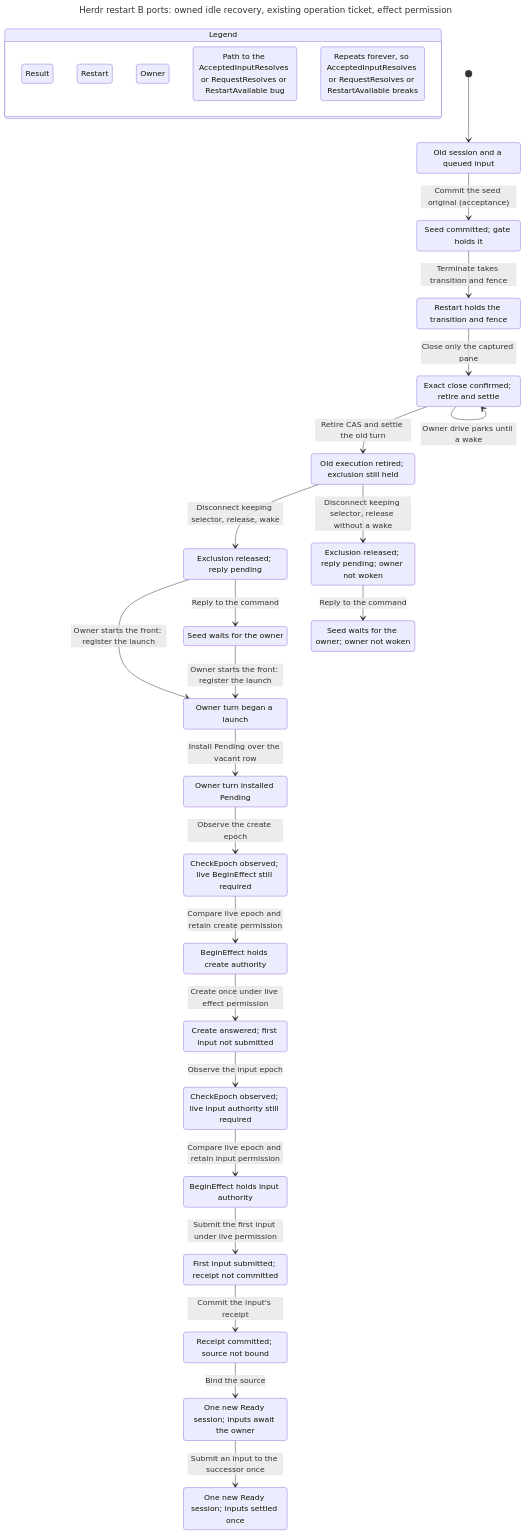
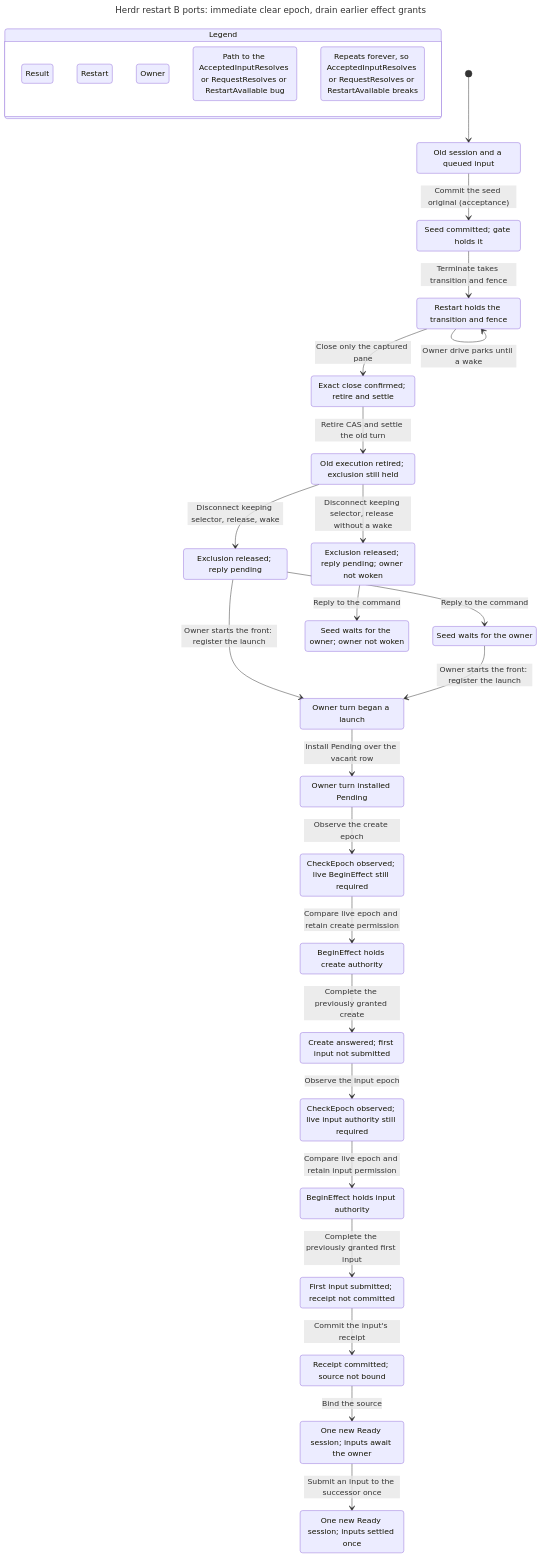
The diagram in docs/statecharts/session-lifecycle/herdr-restart-owner-NoWake.chart.mmd (itismyfield/AgentDesk), drawn with Mermaid before and after one commit. The commit also changed 103 other files, not shown here.

Commit message:
docs: align clear grant model and restart split plan

```diff
--- a/docs/statecharts/session-lifecycle/herdr-restart-owner-NoWake.chart.mmd
+++ b/docs/statecharts/session-lifecycle/herdr-restart-owner-NoWake.chart.mmd
@@ -1,76 +1,76 @@
 ---
-title: "Herdr restart B ports: owned idle recovery, existing operation ticket, effect permission"
+title: "Herdr restart B ports: immediate clear epoch, drain earlier effect grants"
 ---
 stateDiagram-v2
   state "Legend" as legend {
     lg0: Result
     lg1: Restart
     lg2: Owner
     lg3: Path to the AcceptedInputResolves or RequestResolves or RestartAvailable bug
     lg4: Repeats forever, so AcceptedInputResolves or RequestResolves or RestartAvailable breaks
   }
   class lg0 teal
   class lg1 blue
   class lg2 purple
   class lg3 bugPath
   class lg4 repeats
   s0: Old session and a queued input
   s1: Seed committed#59; gate holds it
   s2: Restart holds the transition and fence
   s3: Exact close confirmed#59; retire and settle
   s4: Old execution retired#59; exclusion still held
   s5: Exclusion released#59; reply pending
   s6: Owner turn began a launch
   s7: Exclusion released#59; reply pending#59; owner not woken
   s8: Seed waits for the owner
   s9: Owner turn installed Pending
   s10: Seed waits for the owner#59; owner not woken
   s11: CheckEpoch observed#59; live BeginEffect still required
   s12: BeginEffect holds create authority
   s13: Create answered#59; first input not submitted
   s14: CheckEpoch observed#59; live input authority still required
   s15: BeginEffect holds input authority
   s16: First input submitted#59; receipt not committed
   s17: Receipt committed#59; source not bound
   s18: One new Ready session#59; inputs await the owner
   s19: One new Ready session#59; inputs settled once
   [*] --> s0
   s0 --> s1: Commit the seed original (acceptance)
   s1 --> s2: Terminate takes transition and fence
+  s2 --> s2: Owner drive parks until a wake
   s2 --> s3: Close only the captured pane
   s3 --> s4: Retire CAS and settle the old turn
-  s3 --> s3: Owner drive parks until a wake
   s4 --> s5: Disconnect keeping selector, release, wake
   s5 --> s6: Owner starts the front: register the launch
   s5 --> s8: Reply to the command
   s4 --> s7: Disconnect keeping selector, release without a wake
   s6 --> s9: Install Pending over the vacant row
   s7 --> s10: Reply to the command
   s8 --> s6: Owner starts the front: register the launch
   s9 --> s11: Observe the create epoch
   s11 --> s12: Compare live epoch and retain create permission
-  s12 --> s13: Create once under live effect permission
+  s12 --> s13: Complete the previously granted create
   s13 --> s14: Observe the input epoch
   s14 --> s15: Compare live epoch and retain input permission
-  s15 --> s16: Submit the first input under live permission
+  s15 --> s16: Complete the previously granted first input
   s16 --> s17: Commit the input's receipt
   s17 --> s18: Bind the source
   s18 --> s19: Submit an input to the successor once
   class s0 blue
   class s0 bugPath
   class s1 blue
   class s1 bugPath
   class s2 blue
   class s2 bugPath
   class s3 blue
   class s3 bugPath
   class s4 blue
   class s4 bugPath
   class s5 blue
   class s7 blue
   class s7 bugPath
   class s8 purple
   class s10 purple
   class s10 repeats
   class s18 teal
   class s19 teal
```
